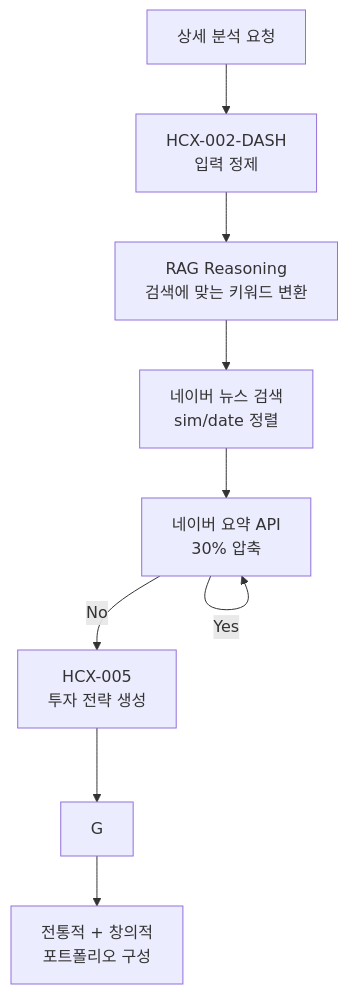
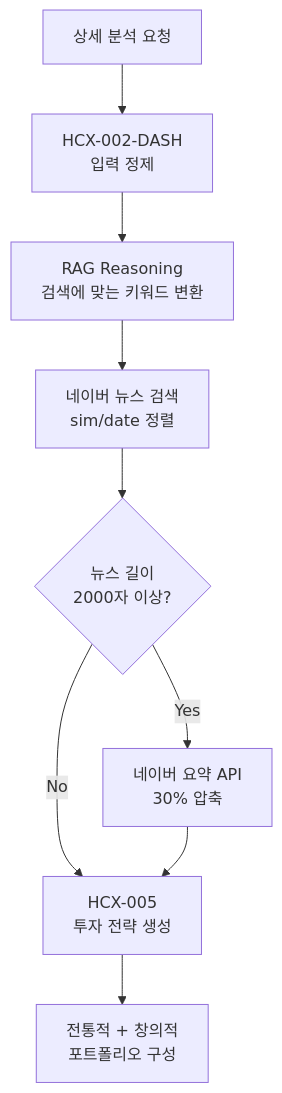
One commit to Plokies-2/AIfestival changed the second of 4 diagrams in README.md. Above: the diagram before and after it, drawn with Mermaid. The commit also changed other lines of this file, not shown here.

````diff
--- a/README.md
+++ b/README.md
@@ -158,11 +158,11 @@
 ```mermaid
 graph TD
     A[상세 분석 요청] --> B[HCX-002-DASH<br/>입력 정제]
     B --> C[RAG Reasoning<br/>검색에 맞는 키워드 변환]
     C --> D[네이버 뉴스 검색<br/>sim/date 정렬]
     D --> E{뉴스 길이<br/>2000자 이상?}
-    E -->|Yes| E[네이버 요약 API<br/>30% 압축]
-    E -->|No| F[HCX-005<br/>투자 전략 생성]
+    E -->|Yes| F[네이버 요약 API<br/>30% 압축]
+    E -->|No| G[HCX-005<br/>투자 전략 생성]
     F --> G
     G --> H[전통적 + 창의적<br/>포트폴리오 구성]
 ```
````
